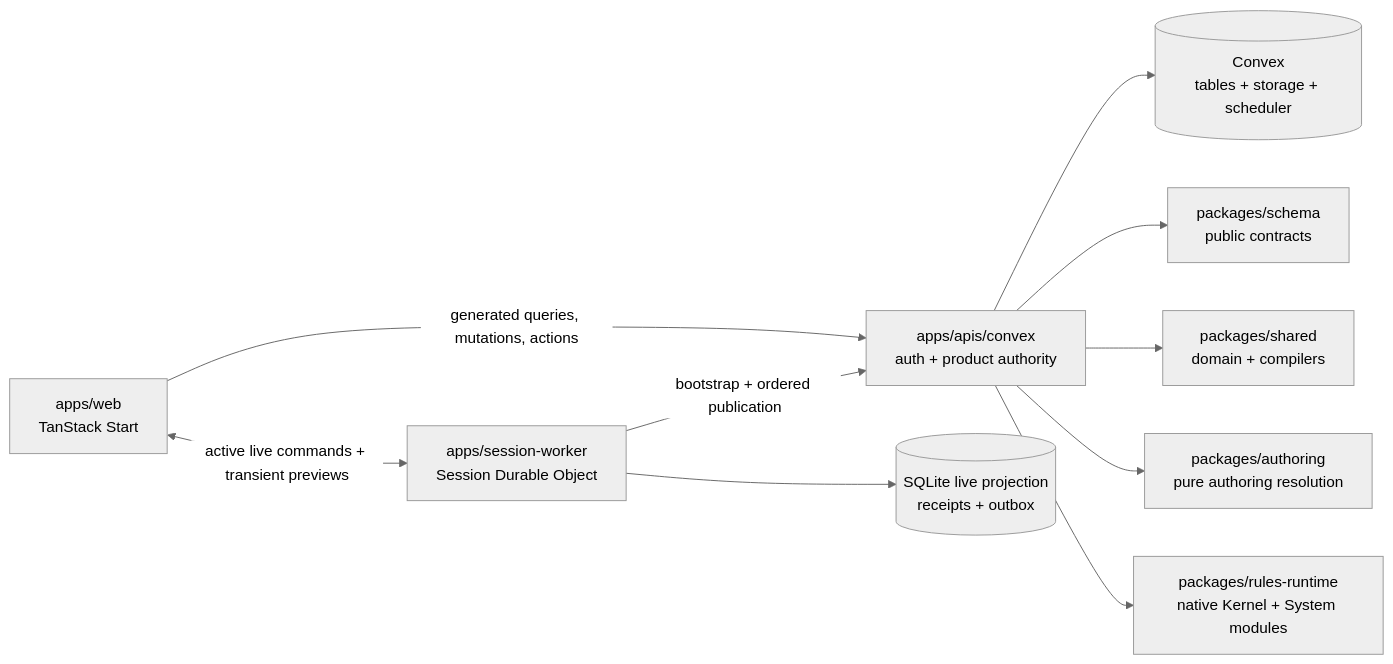
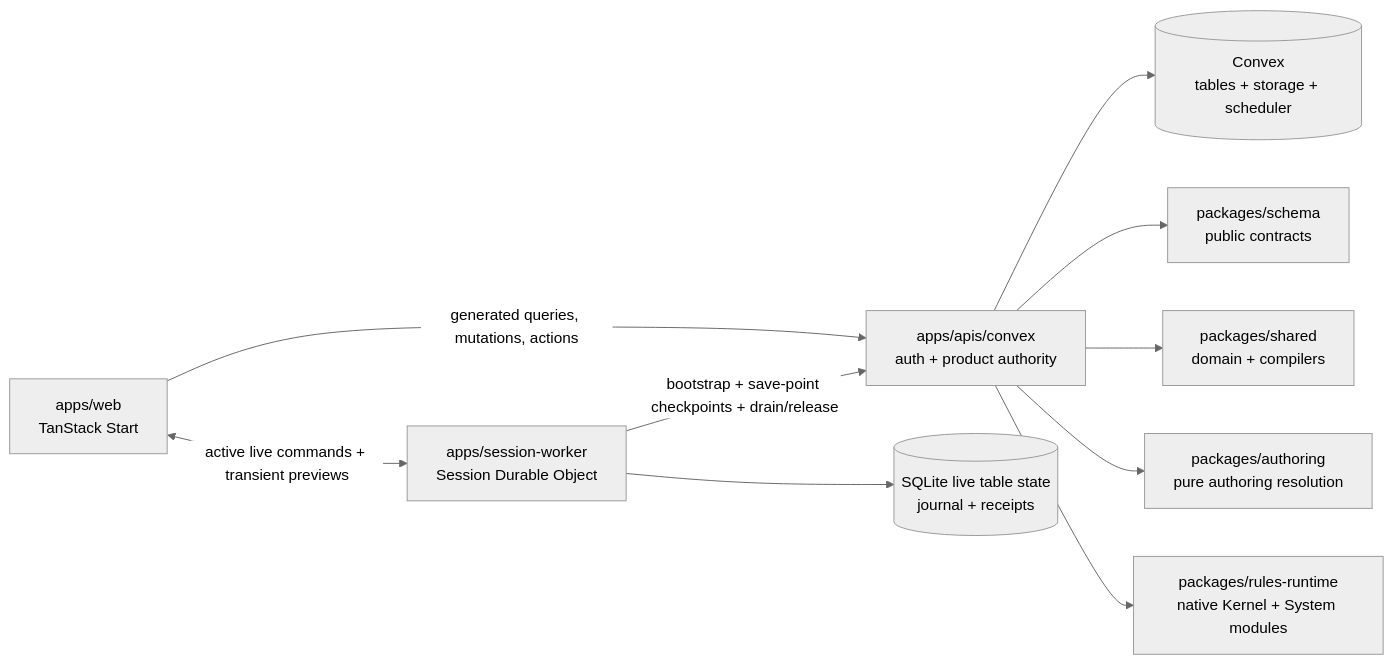
Before and after one commit to MPiland/artificer-toolkit: the diagram in docs/architecture/overview.md, drawn with Mermaid (neutral theme). The commit also changed other lines of this file and 5 other files, not shown here.

First line of the commit message:
PERF-3.T1: architecture guides describe the room-authoritative design

````diff
--- a/docs/architecture/overview.md
+++ b/docs/architecture/overview.md
@@ -15,12 +15,12 @@
 ```mermaid
 flowchart LR
   Web["apps/web<br/>TanStack Start"] -->|generated queries, mutations, actions| ConvexApi["apps/apis/convex<br/>auth + product authority"]
   ConvexApi --> Convex[("Convex<br/>tables + storage + scheduler")]
   Web <-->|active live commands + transient previews| Worker["apps/session-worker<br/>Session Durable Object"]
-  Worker -->|bootstrap + ordered publication| ConvexApi
-  Worker --> LiveSqlite[("SQLite live projection<br/>receipts + outbox")]
+  Worker -->|bootstrap + save-point checkpoints + drain/release| ConvexApi
+  Worker --> LiveSqlite[("SQLite live table state<br/>journal + receipts")]
   ConvexApi --> Schema["packages/schema<br/>public contracts"]
   ConvexApi --> Shared["packages/shared<br/>domain + compilers"]
   ConvexApi --> Authoring["packages/authoring<br/>pure authoring resolution"]
   ConvexApi --> Rules["packages/rules-runtime<br/>native Kernel + System modules"]
 ```
````
